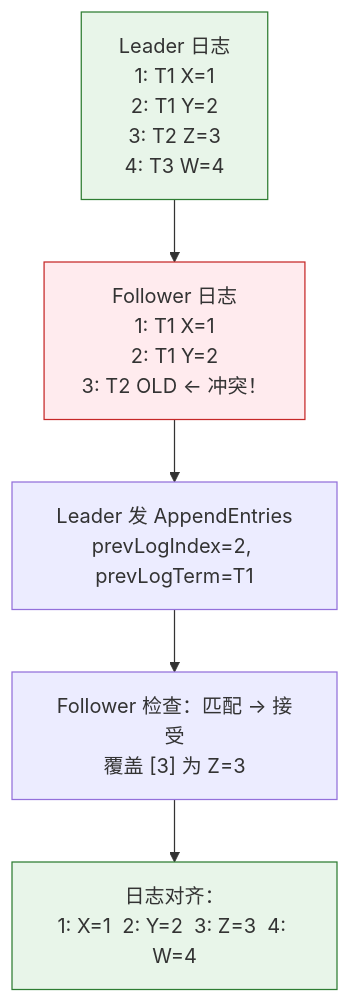
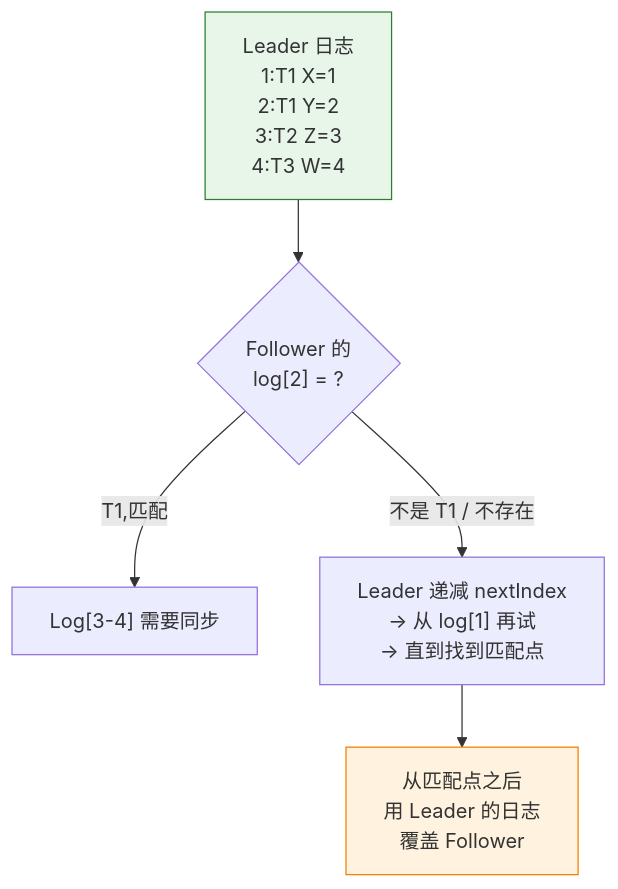
The fourth of 4 diagrams in content/posts/分布式/Raft共识算法图解——从选主到日志复制.md (guozy502/my-tech-blog), drawn with Mermaid before and after one commit. The commit also changed other lines of this file and 52 other files, not shown here.

````diff
--- a/content/posts/分布式/Raft共识算法图解——从选主到日志复制.md
+++ b/content/posts/分布式/Raft共识算法图解——从选主到日志复制.md
@@ -150,13 +146,12 @@
 ```mermaid
 flowchart TD
-    L["Leader 日志\n1: T1 X=1\n2: T1 Y=2\n3: T2 Z=3\n4: T3 W=4"] --> F["Follower 日志\n1: T1 X=1\n2: T1 Y=2\n3: T2 OLD ← 冲突！"]
+    L["Leader 日志\n1:T1 X=1\n2:T1 Y=2\n3:T2 Z=3\n4:T3 W=4"] --> MATCH{"Follower 的\nlog[2] = ?"}
     
-    F --> FIX["Leader 发 AppendEntries\nprevLogIndex=2, prevLogTerm=T1"]
-    FIX --> RESULT["Follower 检查：匹配 -> 接受\n覆盖 [3] 为 Z=3"]
-    RESULT --> ALIGN["日志对齐：
-1: X=1  2: Y=2  3: Z=3  4: W=4"]
+    MATCH -->|"T1,匹配"| OK["Log[3-4] 需要同步"]
+    MATCH -->|"不是 T1 / 不存在"| BACK["Leader 递减 nextIndex\n→ 从 log[1] 再试\n→ 直到找到匹配点"]
+    
+    BACK --> COVER["从匹配点之后\n用 Leader 的日志\n覆盖 Follower"]
     
     style L fill:#e8f5e9,stroke:#2e7d32
-    style F fill:#ffebee,stroke:#c62828
-    style ALIGN fill:#e8f5e9,stroke:#2e7d32
+    style COVER fill:#fff3e0,stroke:#f57c00
 ```
````
